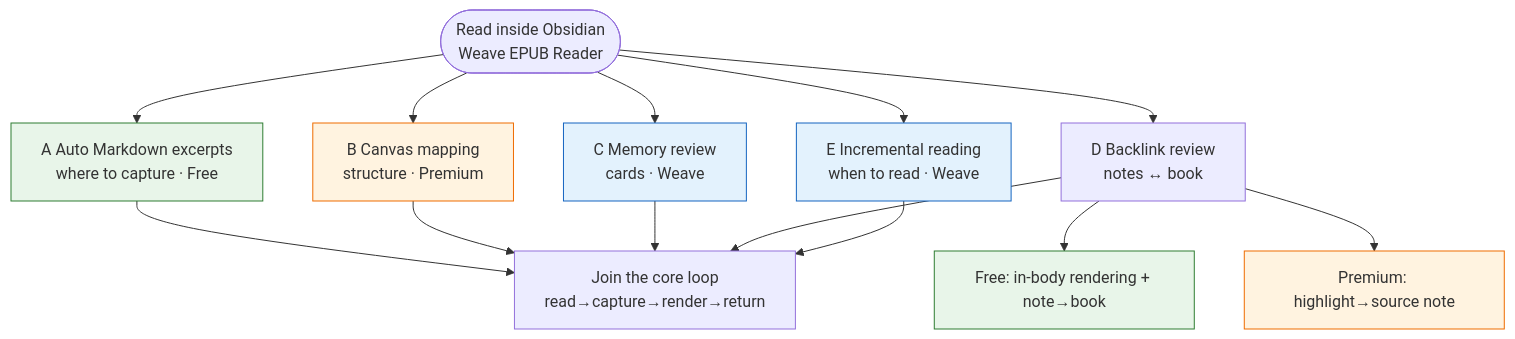
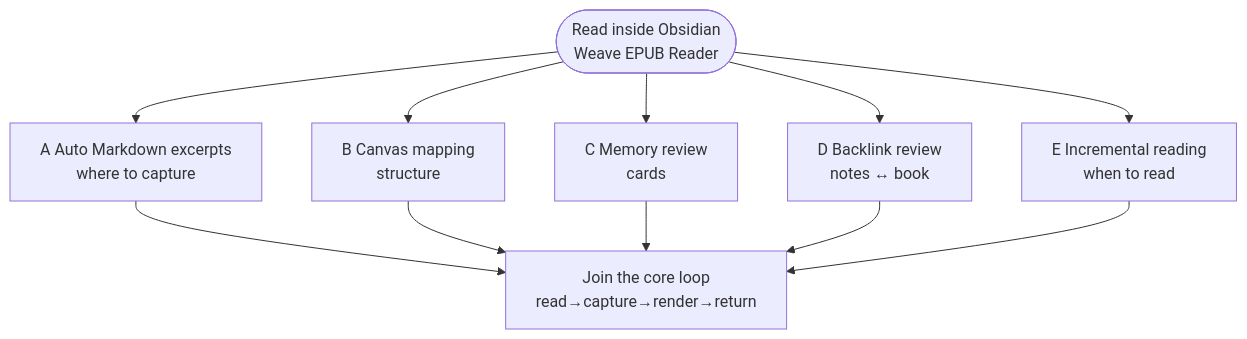
The third of 4 diagrams in README.md (neil-wang-global/obsidian-weave-reader), drawn with Mermaid before and after one commit. The commit also changed other lines of this file, not shown here.

````diff
--- a/README.md
+++ b/README.md
@@ -280,26 +286,16 @@
 ```mermaid
 flowchart TB
   READ(["Read inside Obsidian<br/>Weave EPUB Reader"])
 
-  READ --> A["A Auto Markdown excerpts<br/>where to capture · Free"]
-  READ --> B["B Canvas mapping<br/>structure · Premium"]
-  READ --> C["C Memory review<br/>cards · Weave"]
+  READ --> A["A Auto Markdown excerpts<br/>where to capture"]
+  READ --> B["B Canvas mapping<br/>structure"]
+  READ --> C["C Memory review<br/>cards"]
   READ --> D["D Backlink review<br/>notes ↔ book"]
-  READ --> E["E Incremental reading<br/>when to read · Weave"]
+  READ --> E["E Incremental reading<br/>when to read"]
 
   A --> LOOP["Join the core loop<br/>read→capture→render→return"]
   B --> LOOP
   C --> LOOP
   D --> LOOP
   E --> LOOP
-
-  D --> D1["Free: in-body rendering + note→book"]
-  D --> D2["Premium: highlight→source note"]
-
-  style A fill:#e8f5e9,stroke:#2e7d32
-  style D1 fill:#e8f5e9,stroke:#2e7d32
-  style B fill:#fff3e0,stroke:#ef6c00
-  style D2 fill:#fff3e0,stroke:#ef6c00
-  style C fill:#e3f2fd,stroke:#1565c0
-  style E fill:#e3f2fd,stroke:#1565c0
 ```
````
